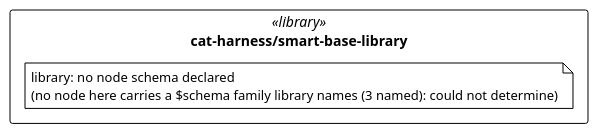
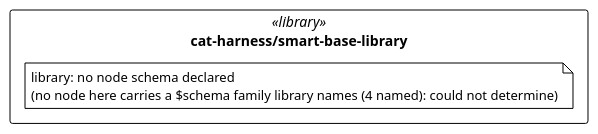
One commit to litlfred/folio-assistant changed the diagram in cat-harness/uml/overview/cat-harness/smart-base-library.puml. Above: the diagram before and after it, drawn with PlantUML. The commit also changed 34 other files, not shown here.

First line of the commit message:
withheld schema: declare @graphNode, regenerate glossary, UML overview and the KG export result

```diff
--- a/cat-harness/uml/overview/cat-harness/smart-base-library.puml
+++ b/cat-harness/uml/overview/cat-harness/smart-base-library.puml
@@ -3,13 +3,13 @@
 @startuml cat_harness_smart_base_library
 !pragma layout elk
 !theme plain
 skinparam classAttributeIconSize 0
 skinparam shadowing false
 skinparam packageStyle rectangle
 hide empty methods
 
 package "cat-harness/smart-base-library" as pkg_cat_harness_smart_base_library <<library>> {
-  note "library: no node schema declared\n(no node here carries a $schema family library names (3 named): could not determine)" as n_cat_harness_smart_base_library_library
+  note "library: no node schema declared\n(no node here carries a $schema family library names (4 named): could not determine)" as n_cat_harness_smart_base_library_library
 }
 
 @enduml
```
